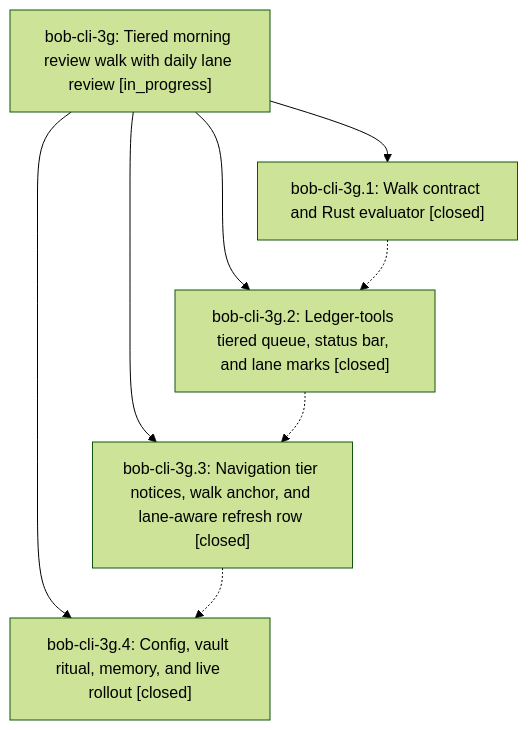
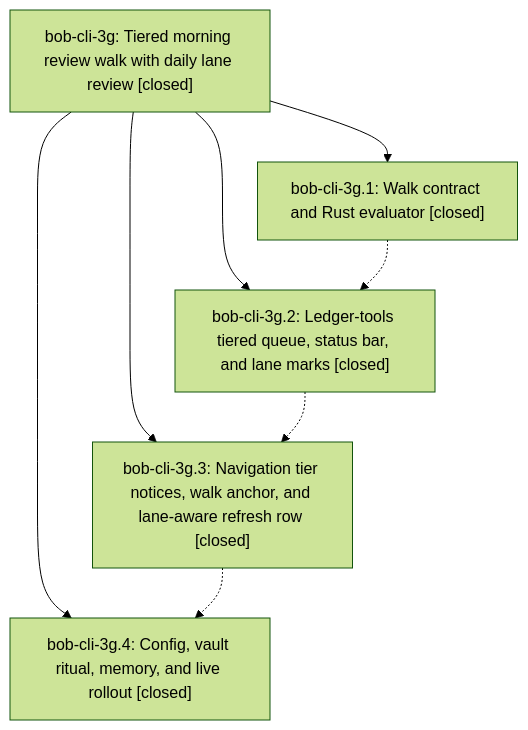
One commit to bobs-org/bob-cli--beads changed the diagram in pages/bob-cli-3g/README.md. Above: the diagram before and after it, drawn with Mermaid (forest theme). The commit also changed other lines of this file and 1 other file, not shown here.

First line of the commit message:
chore(beads): sync bead state and pages for bob-cli-3g

````diff
--- a/pages/bob-cli-3g/README.md
+++ b/pages/bob-cli-3g/README.md
@@ -29,15 +47,15 @@
 ```mermaid
 flowchart TD
-    n0["bob-cli-3g: Tiered morning review walk with daily lane review [in_progress]"]
+    n0["bob-cli-3g: Tiered morning review walk with daily lane review [closed]"]
     n1["bob-cli-3g.1: Walk contract and Rust evaluator [closed]"]
     n2["bob-cli-3g.2: Ledger-tools tiered queue, status bar, and lane marks [closed]"]
     n3["bob-cli-3g.3: Navigation tier notices, walk anchor, and lane-aware refresh row [closed]"]
     n4["bob-cli-3g.4: Config, vault ritual, memory, and live rollout [closed]"]
     n0 --> n1
     n0 --> n2
     n0 --> n3
     n0 --> n4
     n1 -.-> n2
     n2 -.-> n3
     n3 -.-> n4
 ```
````
